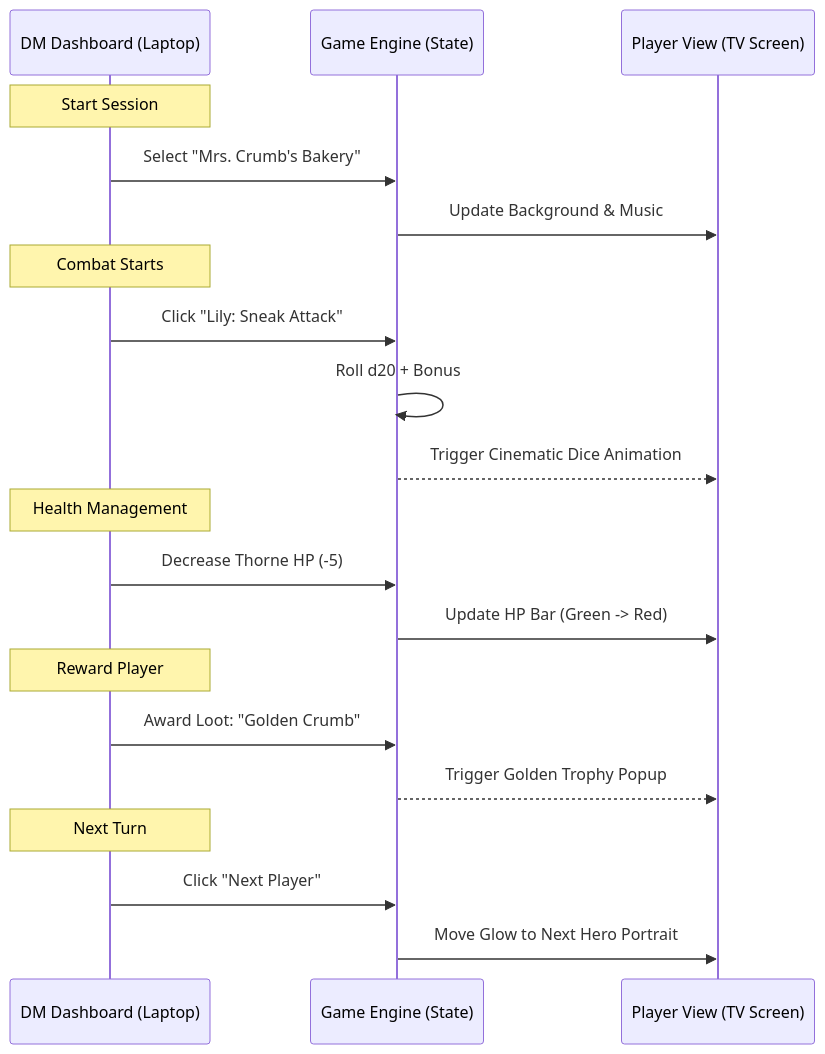
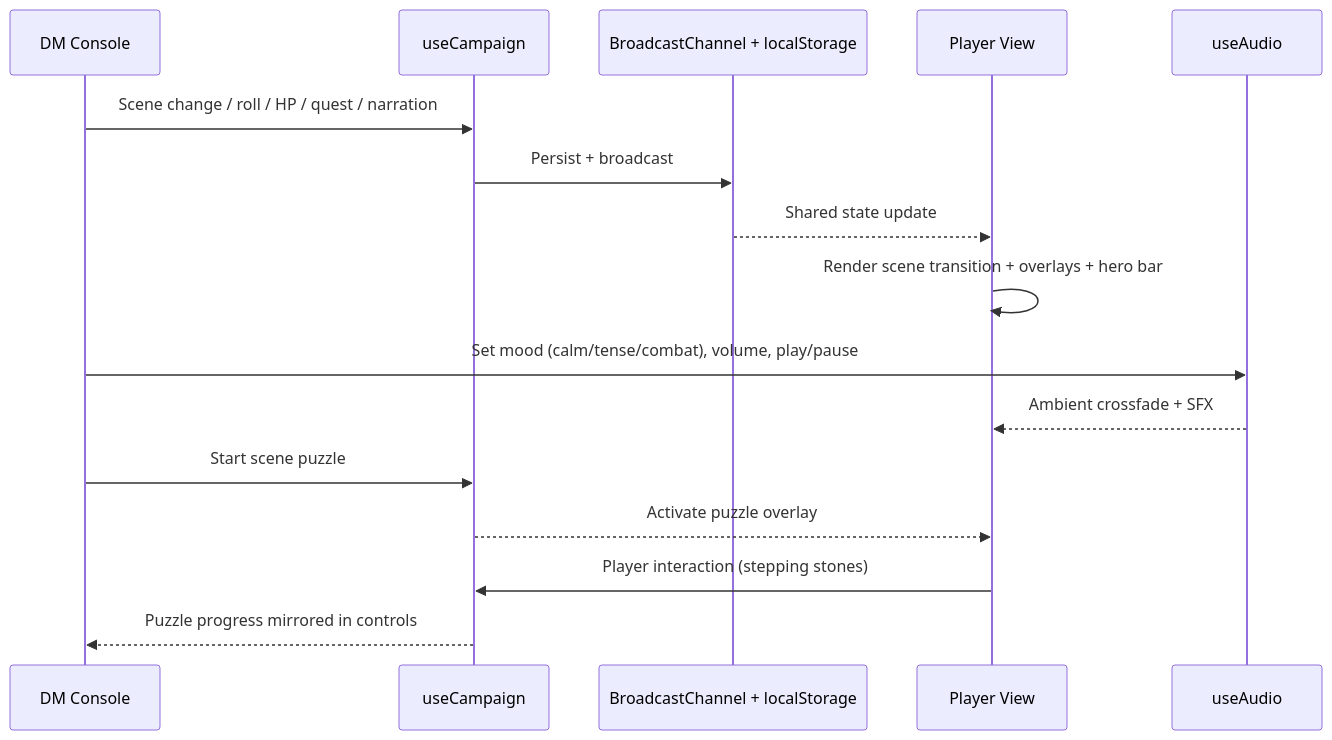
The second of 4 diagrams in documentation.md (lanoitcif/ddcamp), drawn with Mermaid before and after one commit. The commit also changed other lines of this file and 2 other files, not shown here.

First line of the commit message:
Update docs for playtest results, UX, and Mermaid diagrams

````diff
--- a/documentation.md
+++ b/documentation.md
@@ -42,27 +54,21 @@
 ```mermaid
 sequenceDiagram
-    participant DM as DM Dashboard (Laptop)
-    participant Engine as Game Engine (State)
-    participant TV as Player View (TV Screen)
+    participant DM as DM Console
+    participant State as useCampaign
+    participant Sync as BroadcastChannel + localStorage
+    participant TV as Player View
+    participant Audio as useAudio
 
-    Note over DM: Start Session
-    DM->>Engine: Select "Mrs. Crumb's Bakery"
-    Engine->>TV: Update Background & Music
-    
-    Note over DM: Combat Starts
-    DM->>Engine: Click "Lily: Sneak Attack"
-    Engine->>Engine: Roll d20 + Bonus
-    Engine-->>TV: Trigger Cinematic Dice Animation
-    
-    Note over DM: Health Management
-    DM->>Engine: Decrease Thorne HP (-5)
-    Engine->>TV: Update HP Bar (Green -> Red)
-    
-    Note over DM: Reward Player
-    DM->>Engine: Award Loot: "Golden Crumb"
-    Engine-->>TV: Trigger Golden Trophy Popup
-    
-    Note over DM: Next Turn
-    DM->>Engine: Click "Next Player"
-    Engine->>TV: Move Glow to Next Hero Portrait
+    DM->>State: Scene change / roll / HP / quest / narration
+    State->>Sync: Persist + broadcast
+    Sync-->>TV: Shared state update
+    TV->>TV: Render scene transition + overlays + hero bar
+
+    DM->>Audio: Set mood (calm/tense/combat), volume, play/pause
+    Audio-->>TV: Ambient crossfade + SFX
+
+    DM->>State: Start scene puzzle
+    State-->>TV: Activate puzzle overlay
+    TV->>State: Player interaction (stepping stones)
+    State-->>DM: Puzzle progress mirrored in controls
 ```
````
